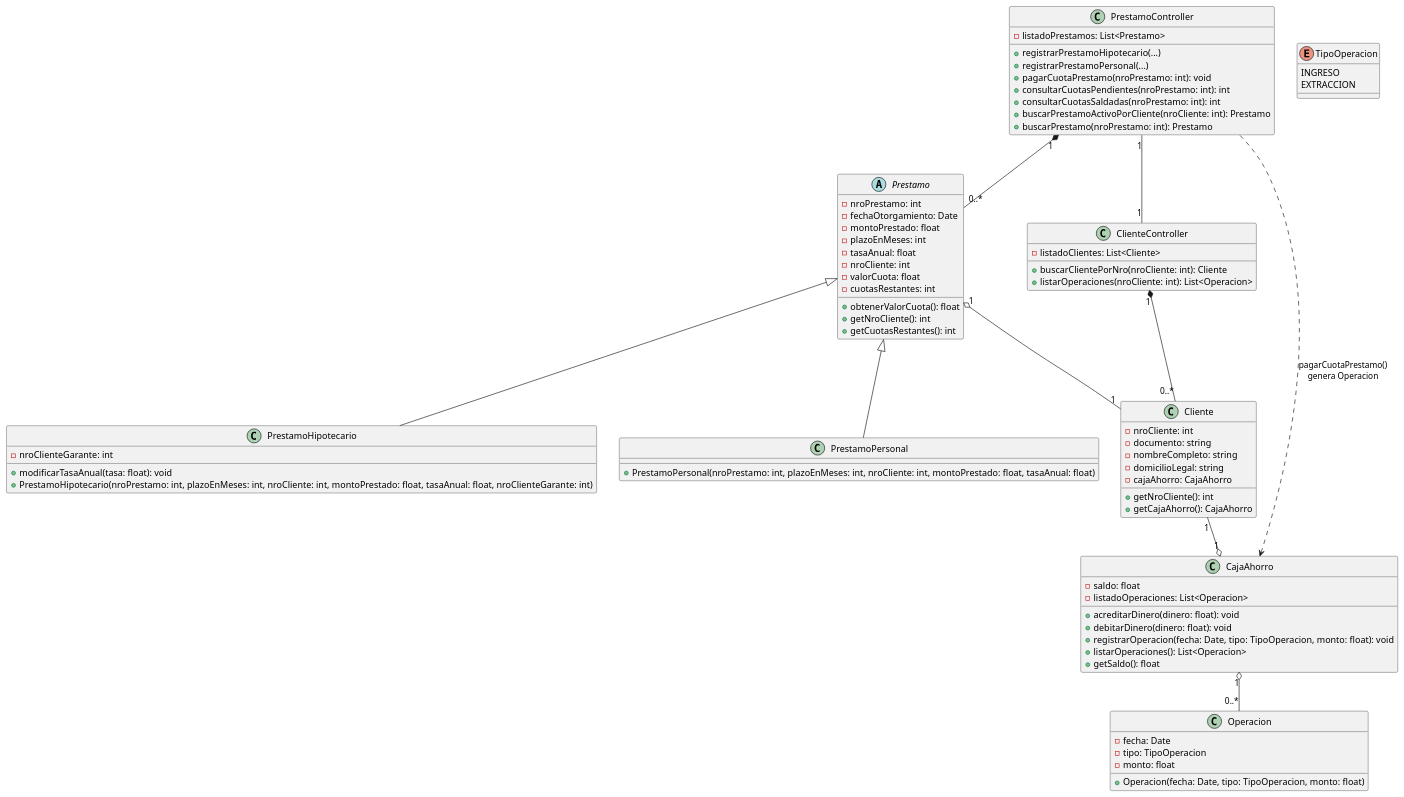
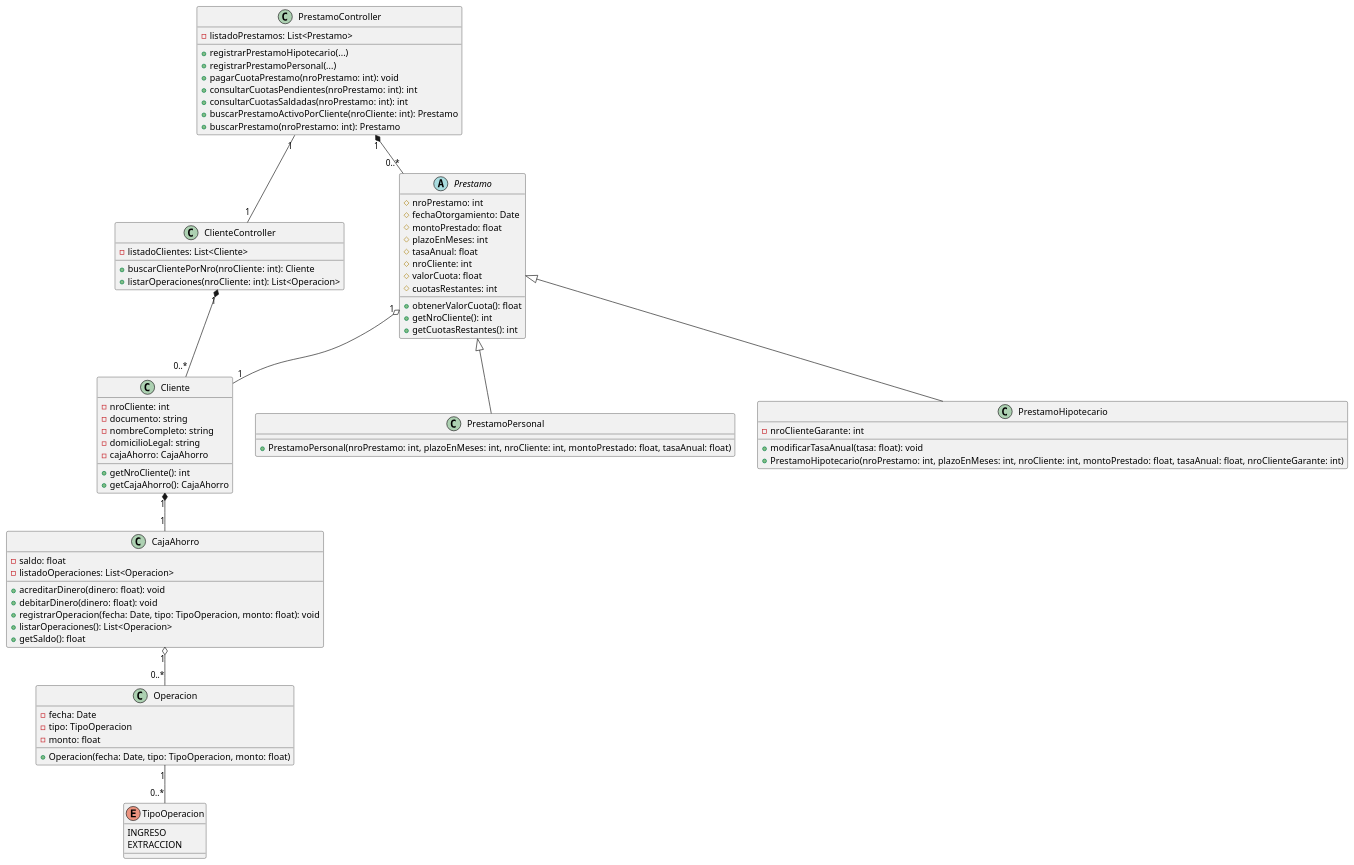
Before and after one commit to CoachEmilio/FinalAdelantadoPOO: the diagram in src/main/java/org/uade/diagrams/DiagramaClasesPrestamos.puml, drawn with PlantUML. The commit also changed 3 other files, not shown here.

Commit message:
Update with Teammates for diagram classes & class Models

```diff
--- a/src/main/java/org/uade/diagrams/DiagramaClasesPrestamos.puml
+++ b/src/main/java/org/uade/diagrams/DiagramaClasesPrestamos.puml
@@ -1,90 +1,89 @@
 @startuml
 ' Diagrama de clases - Banco Gestión de Préstamos (ajustado según tus indicaciones)
 
 class Cliente {
   -nroCliente: int
   -documento: string
   -nombreCompleto: string
   -domicilioLegal: string
   -cajaAhorro: CajaAhorro
   +getNroCliente(): int
   +getCajaAhorro(): CajaAhorro
 }
 
 class CajaAhorro {
   -saldo: float
   -listadoOperaciones: List<Operacion>
   +acreditarDinero(dinero: float): void
   +debitarDinero(dinero: float): void
   +registrarOperacion(fecha: Date, tipo: TipoOperacion, monto: float): void
   +listarOperaciones(): List<Operacion>
   +getSaldo(): float
 }
 
 class Operacion {
   -fecha: Date
   -tipo: TipoOperacion
   -monto: float
   +Operacion(fecha: Date, tipo: TipoOperacion, monto: float)
 }
 
 enum TipoOperacion {
   INGRESO
   EXTRACCION
 }
 
 abstract class Prestamo {
-  -nroPrestamo: int
-  -fechaOtorgamiento: Date
-  -montoPrestado: float
-  -plazoEnMeses: int
-  -tasaAnual: float
-  -nroCliente: int
-  -valorCuota: float
-  -cuotasRestantes: int
+  #nroPrestamo: int
+  #fechaOtorgamiento: Date
+  #montoPrestado: float
+  #plazoEnMeses: int
+  #tasaAnual: float
+  #nroCliente: int
+  #valorCuota: float
+  #cuotasRestantes: int
   +obtenerValorCuota(): float
   +getNroCliente(): int
   +getCuotasRestantes(): int
 }
 
 class PrestamoPersonal {
   +PrestamoPersonal(nroPrestamo: int, plazoEnMeses: int, nroCliente: int, montoPrestado: float, tasaAnual: float)
 }
 
 class PrestamoHipotecario {
   -nroClienteGarante: int
   +modificarTasaAnual(tasa: float): void
   +PrestamoHipotecario(nroPrestamo: int, plazoEnMeses: int, nroCliente: int, montoPrestado: float, tasaAnual: float, nroClienteGarante: int)
 }
 
 class ClienteController {
   -listadoClientes: List<Cliente>
   +buscarClientePorNro(nroCliente: int): Cliente
   +listarOperaciones(nroCliente: int): List<Operacion>
 }
 
 class PrestamoController {
   -listadoPrestamos: List<Prestamo>
   +registrarPrestamoHipotecario(...)
   +registrarPrestamoPersonal(...)
   +pagarCuotaPrestamo(nroPrestamo: int): void
   +consultarCuotasPendientes(nroPrestamo: int): int
   +consultarCuotasSaldadas(nroPrestamo: int): int
   +buscarPrestamoActivoPorCliente(nroCliente: int): Prestamo
   +buscarPrestamo(nroPrestamo: int): Prestamo
 }
 
 ' Relaciones ajustadas
 ClienteController "1" *-- "0..*" Cliente
 PrestamoController "1" *-- "0..*" Prestamo
 PrestamoController "1" -- "1" ClienteController
 Prestamo "1" o-- "1" Cliente
 Prestamo <|-- PrestamoPersonal
 Prestamo <|-- PrestamoHipotecario
 CajaAhorro "1" o-- "0..*" Operacion
-Cliente "1" --o "1" CajaAhorro
+Cliente "1" *-- "1" CajaAhorro
+Operacion "1" -- "0..*" TipoOperacion
 
-' Relación de dependencia: pago de cuota genera operación
-PrestamoController ..> CajaAhorro : pagarCuotaPrestamo()\ngenera Operacion
 
 @enduml
```
